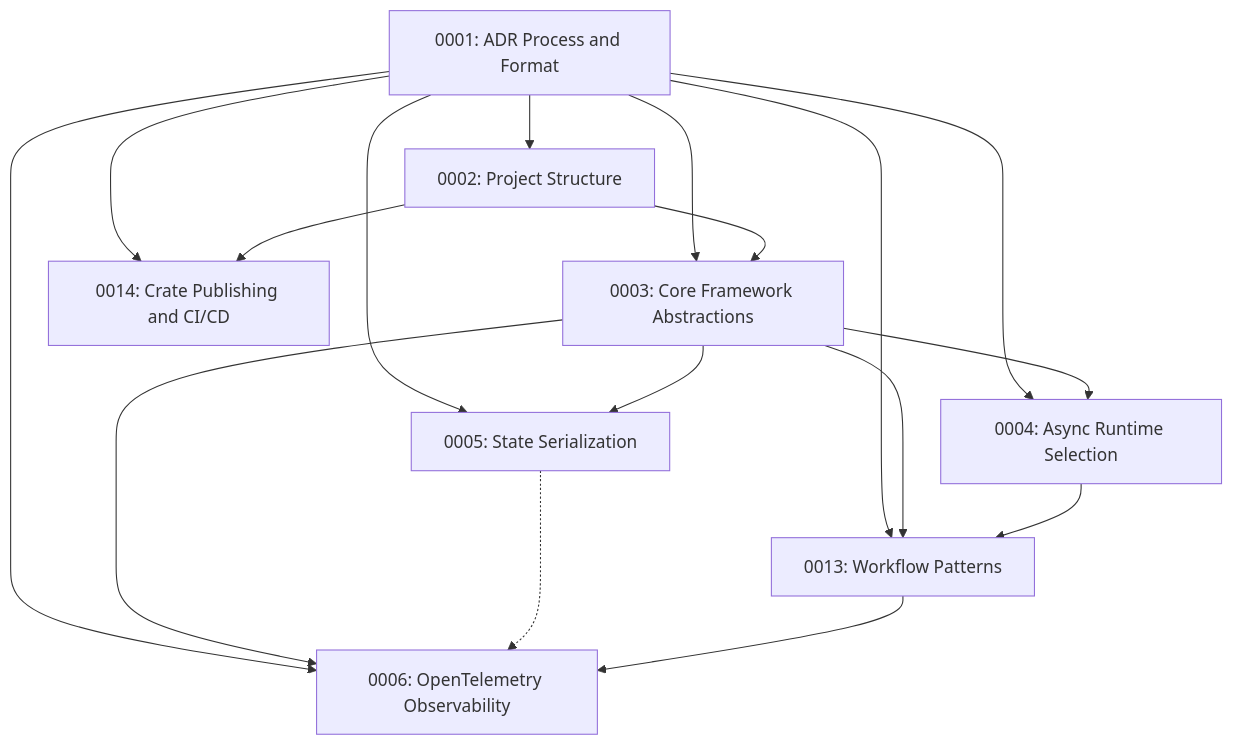
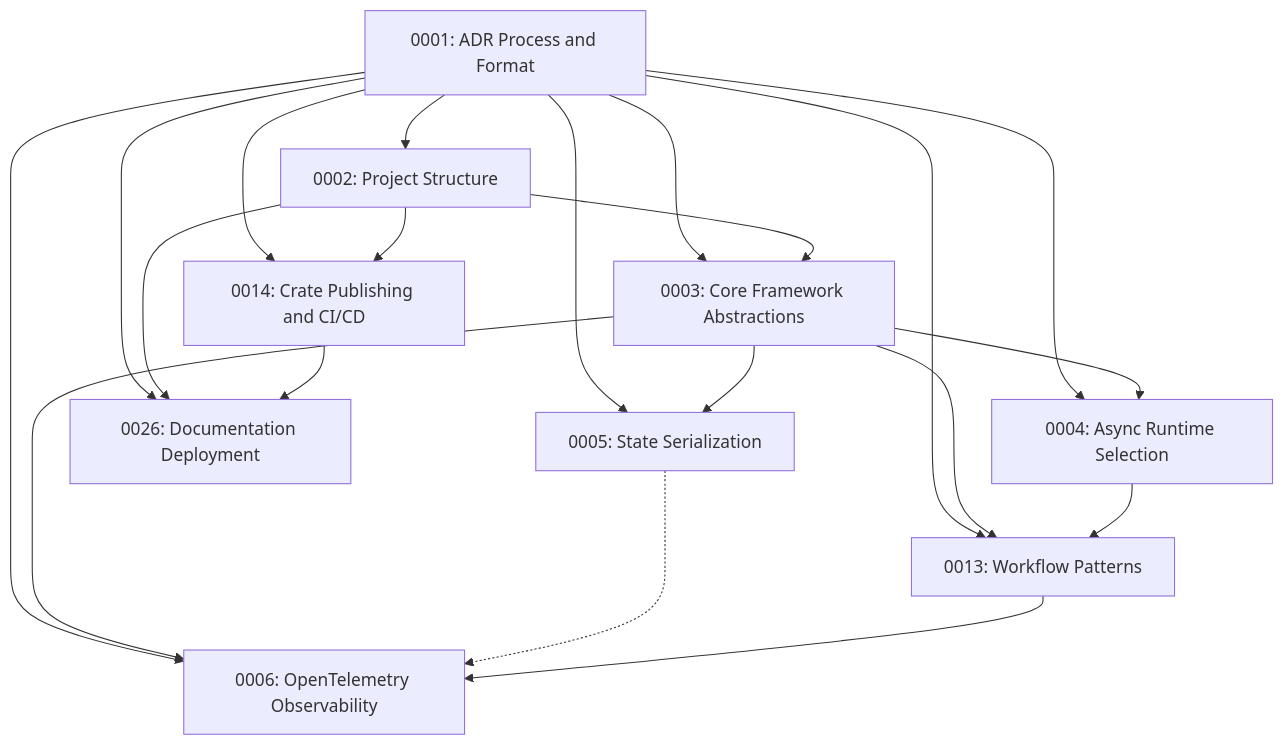
Before and after one commit to aitoroses/floxide: the diagram in docs/adrs/README.md, drawn with Mermaid. The commit also changed other lines of this file and 1 other file, not shown here.

First line of the commit message:
🦀 Add ADR for Documentation Deployment Strategy

````diff
--- a/docs/adrs/README.md
+++ b/docs/adrs/README.md
@@ -151,19 +158,22 @@
 ```mermaid
 graph TD
     A[0001: ADR Process and Format] --> B[0002: Project Structure]
     A --> C[0003: Core Framework Abstractions]
     A --> D[0004: Async Runtime Selection]
     A --> E[0005: State Serialization]
     A --> F[0006: OpenTelemetry Observability]
     A --> G[0013: Workflow Patterns]
     A --> H[0014: Crate Publishing and CI/CD]
+    A --> I[0026: Documentation Deployment]
     B --> C
     B --> H
+    B --> I
     C --> D
     C --> E
     C --> F
     C --> G
     D --> G
     E -.-> F
     G --> F
+    H --> I
 ```
````
